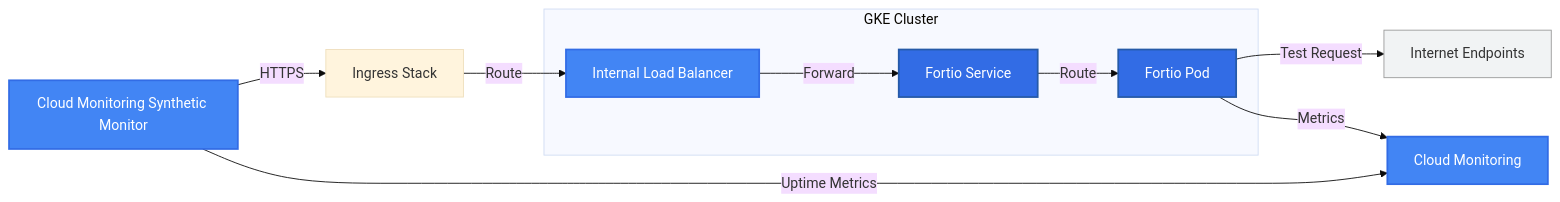
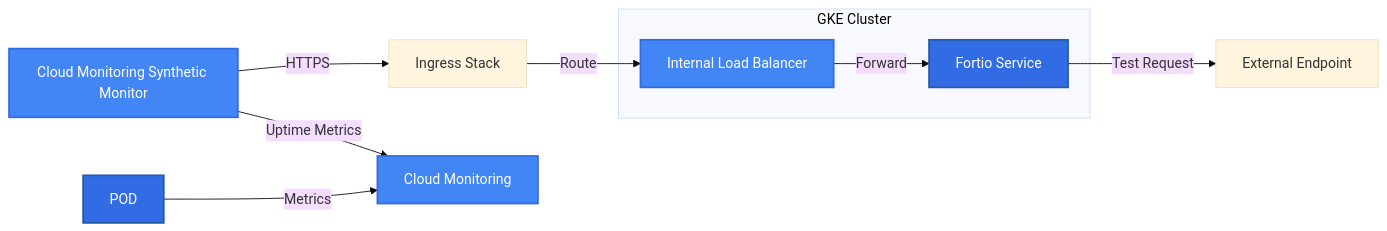
One commit to olga-mir/experiments changed the diagram in 87-2024.12-gcp-synthetic-monitoring/README.md. Above: the diagram before and after it, drawn with Mermaid (base theme). The commit also changed other lines of this file and 1 other file, not shown here.

````diff
--- a/87-2024.12-gcp-synthetic-monitoring/README.md
+++ b/87-2024.12-gcp-synthetic-monitoring/README.md
@@ -12,22 +16,21 @@
 ```mermaid
 graph LR
     SM[Cloud Monitoring Synthetic Monitor] -->|HTTPS| ING[Ingress Stack]
     ING -->|Route| ILB[Internal Load Balancer]
     subgraph GKE Cluster
         ILB -->|Forward| SVC[Fortio Service]
-        SVC -->|Route| POD[Fortio Pod]
     end
-    POD -->|Test Request| INT[Internet Endpoints]
+    SVC -->|Test Request| EXT[External Endpoint]
     
     %% Add monitoring flow
     POD -->|Metrics| CM[Cloud Monitoring]
     SM -->|Uptime Metrics| CM
     
     %% Styling
     classDef gcp fill:#4285f4,stroke:#326ce5,stroke-width:2px,color:white;
     class SM,WAF,GLB,ILB,CM gcp;
     classDef k8s fill:#326ce5,stroke:#255aa8,stroke-width:2px,color:white;
     class SVC,POD k8s;
     classDef ext fill:#f1f3f4,stroke:#999,stroke-width:1px;
     class INT ext;
 ```
````
